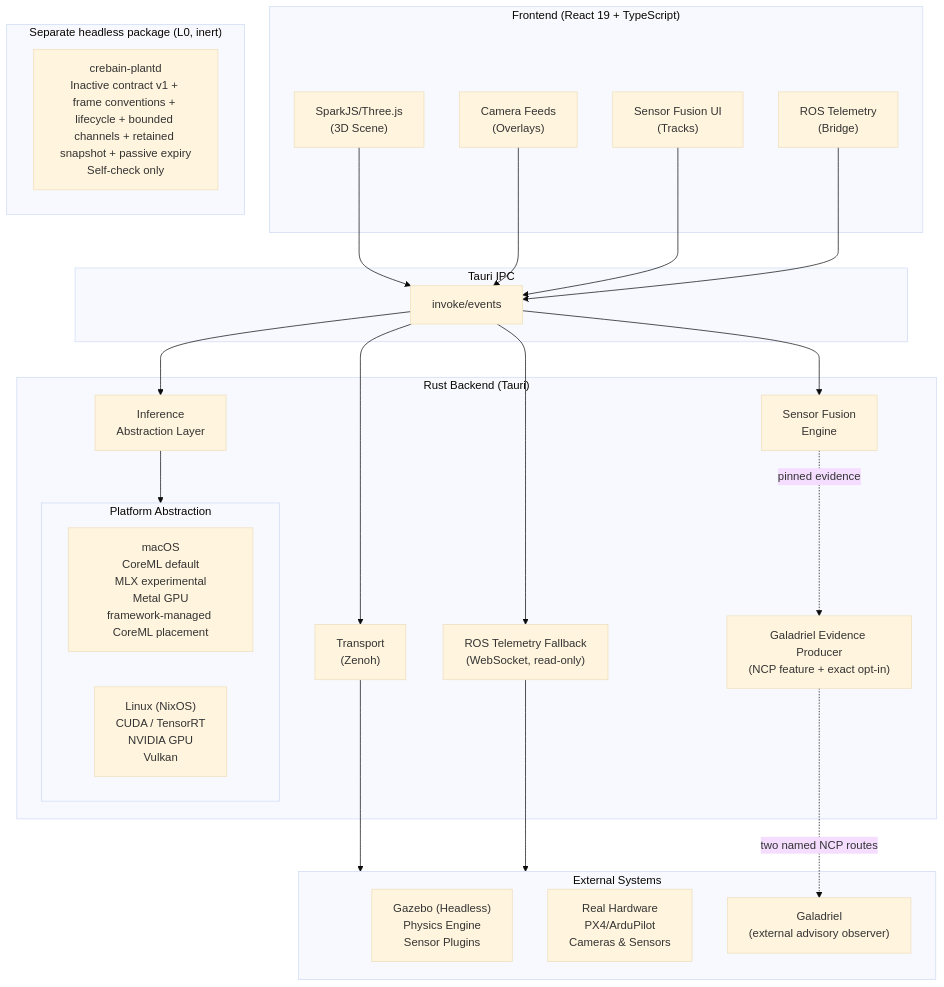
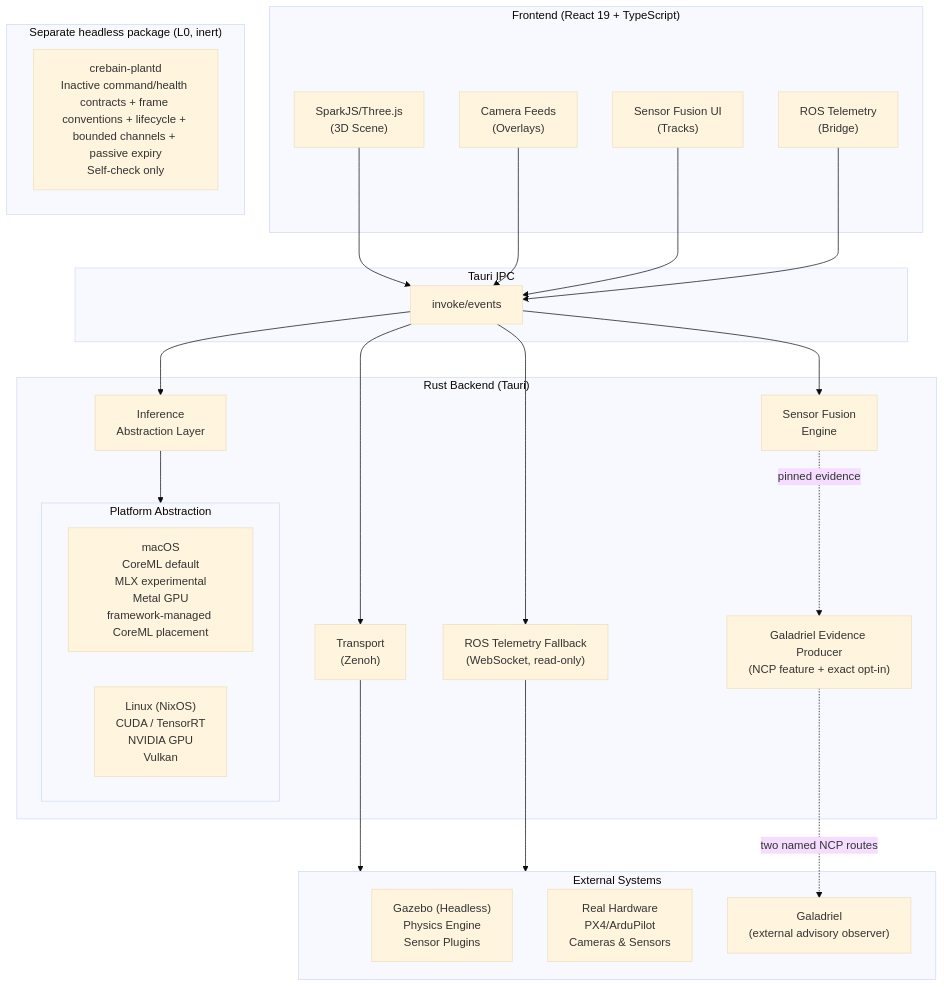
The first of 3 diagrams in docs/ARCHITECTURE.md (sepahead/crebain), drawn with Mermaid (base theme) before and after one commit. The commit also changed other lines of this file and 23 other files, not shown here.

Commit message:
feat(plant): add typed vehicle health snapshot

````diff
--- a/docs/ARCHITECTURE.md
+++ b/docs/ARCHITECTURE.md
@@ -11,53 +11,53 @@
 ```mermaid
 graph TB
     subgraph Frontend["Frontend (React 19 + TypeScript)"]
         ThreeJS["SparkJS/Three.js<br/>(3D Scene)"]
         CameraFeeds["Camera Feeds<br/>(Overlays)"]
         FusionUI["Sensor Fusion UI<br/>(Tracks)"]
         ROSControls["ROS Telemetry<br/>(Bridge)"]
     end
 
     subgraph IPC["Tauri IPC"]
         Invoke["invoke/events"]
     end
 
     subgraph Backend["Rust Backend (Tauri)"]
         Inference["Inference<br/>Abstraction Layer"]
         SensorFusion["Sensor Fusion<br/>Engine"]
         Zenoh["Transport<br/>(Zenoh)"]
         ROSBridge["ROS Telemetry Fallback<br/>(WebSocket, read-only)"]
         EvidenceProducer["Galadriel Evidence Producer<br/>(NCP feature + exact opt-in)"]
 
         subgraph Platform["Platform Abstraction"]
             macOS["macOS<br/>CoreML default<br/>MLX experimental<br/>Metal GPU<br/>framework-managed CoreML placement"]
             Linux["Linux (NixOS)<br/>CUDA / TensorRT<br/>NVIDIA GPU<br/>Vulkan"]
         end
     end
 
     subgraph PlantFoundation["Separate headless package (L0, inert)"]
-        Plantd["crebain-plantd<br/>Inactive contract v1 + frame conventions + lifecycle + bounded channels + retained snapshot + passive expiry<br/>Self-check only"]
+        Plantd["crebain-plantd<br/>Inactive command/health contracts + frame conventions + lifecycle + bounded channels + passive expiry<br/>Self-check only"]
     end
 
     subgraph External["External Systems"]
         Gazebo["Gazebo (Headless)<br/>Physics Engine<br/>Sensor Plugins"]
         Hardware["Real Hardware<br/>PX4/ArduPilot<br/>Cameras & Sensors"]
         Galadriel["Galadriel<br/>(external advisory observer)"]
     end
 
     ThreeJS --> Invoke
     CameraFeeds --> Invoke
     FusionUI --> Invoke
     ROSControls --> Invoke
 
     Invoke --> Inference
     Invoke --> SensorFusion
     Invoke --> Zenoh
     Invoke --> ROSBridge
     SensorFusion -. pinned evidence .-> EvidenceProducer
 
     Inference --> Platform
 
     Zenoh --> External
     ROSBridge --> External
     EvidenceProducer -. two named NCP routes .-> Galadriel
 ```
````
